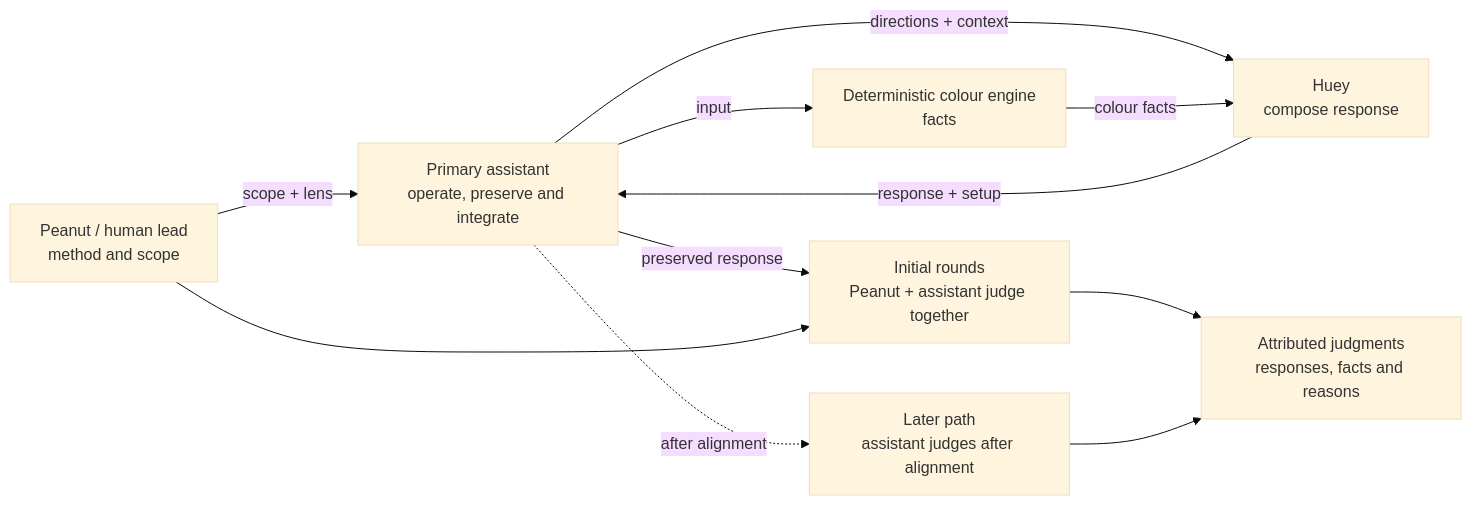
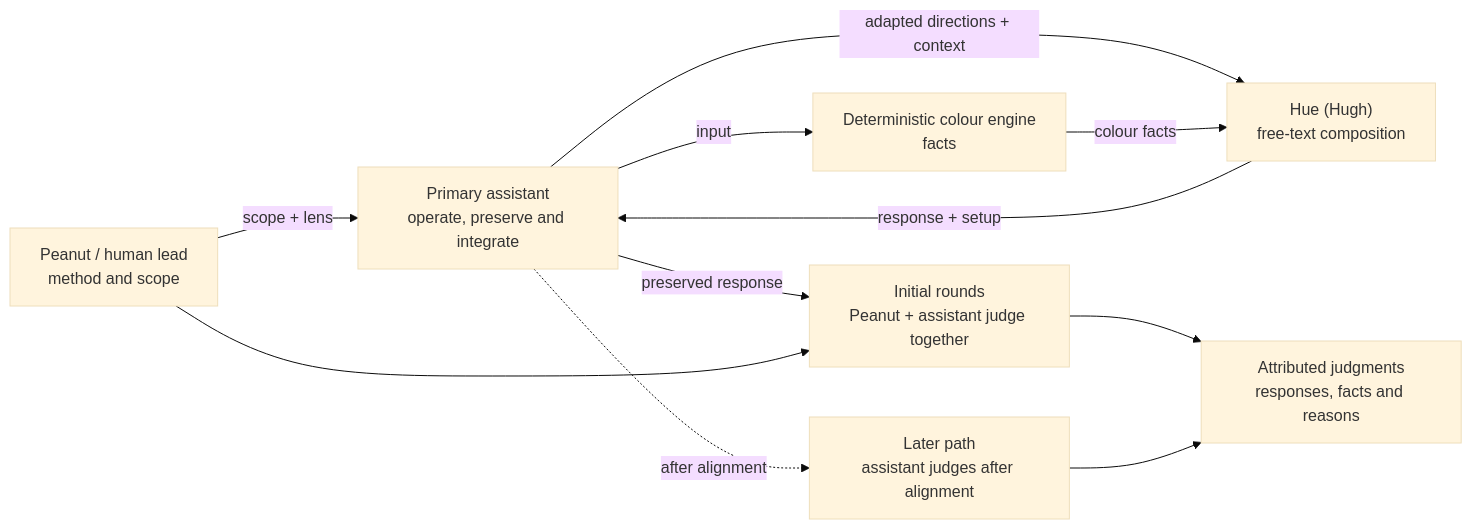
The diagram in docs/diagrams/BEHAVIOUR_PULSE.md (tryskian/huemiliator), drawn with Mermaid (base theme) before and after one commit. The commit also changed other lines of this file and 33 other files, not shown here.

First line of the commit message:
feat: compose Hugh's responses without a word bank (#164)

````diff
--- a/docs/diagrams/BEHAVIOUR_PULSE.md
+++ b/docs/diagrams/BEHAVIOUR_PULSE.md
@@ -10,21 +10,21 @@
 ```mermaid
 flowchart LR
   H["Peanut / human lead<br/>method and scope"]
   A["Primary assistant<br/>operate, preserve and integrate"]
   C["Deterministic colour engine<br/>facts"]
-  X["Huey<br/>compose response"]
+  X["Hue (Hugh)<br/>free-text composition"]
   J["Initial rounds<br/>Peanut + assistant judge together"]
   I["Later path<br/>assistant judges after alignment"]
   F["Attributed judgments<br/>responses, facts and reasons"]
 
   H -->|"scope + lens"| A
   A -->|"input"| C
-  A -->|"directions + context"| X
+  A -->|"adapted directions + context"| X
   C -->|"colour facts"| X
   X -->|"response + setup"| A
   A -->|"preserved response"| J
   H --> J
   A -.->|"after alignment"| I
   J --> F
   I --> F
 ```
````
